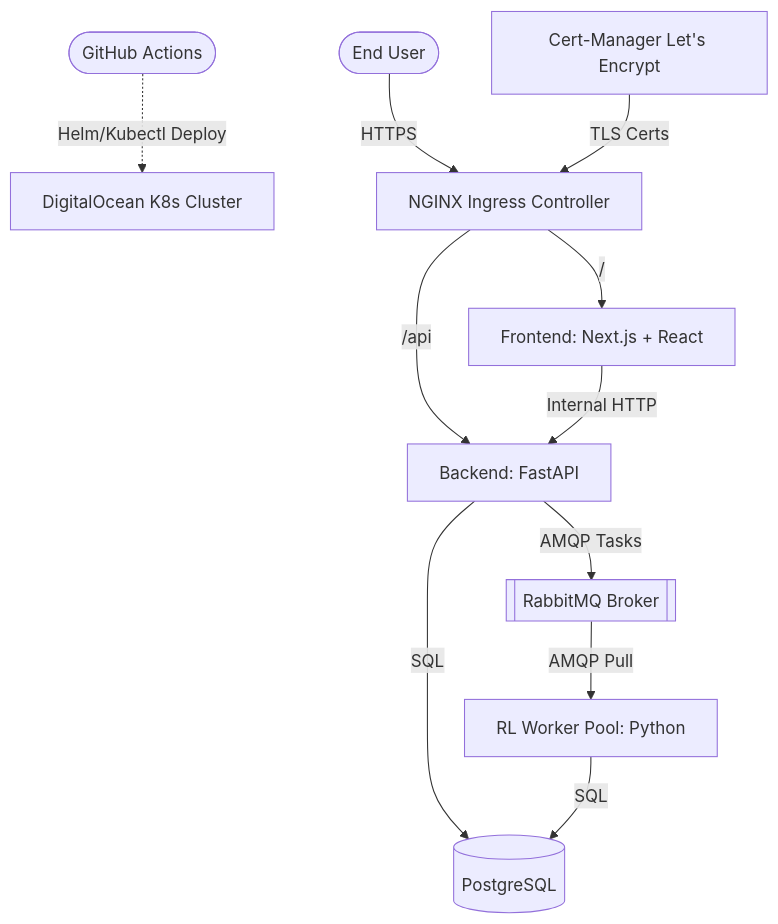
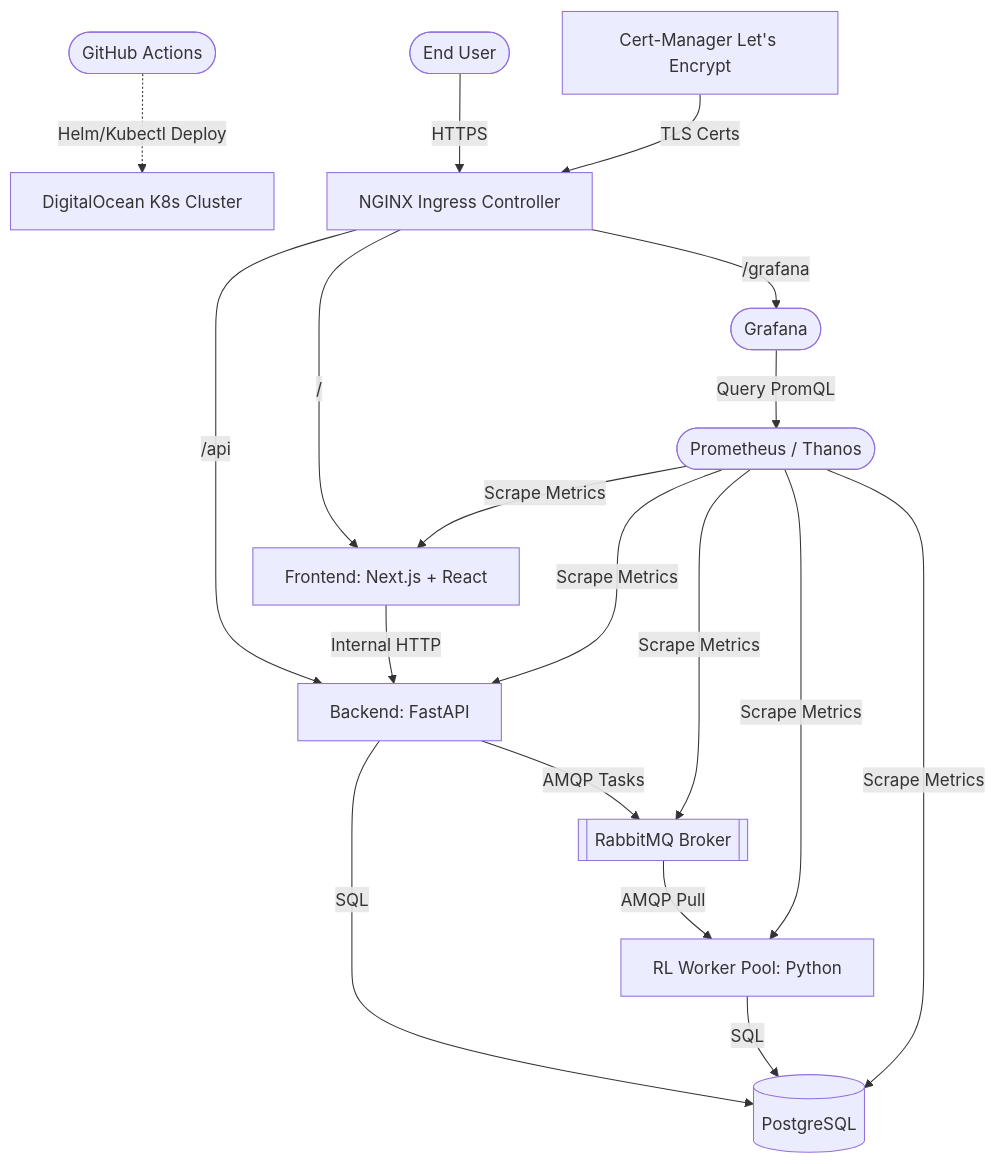
One commit to VNR-AIMLIOT-Projects/inventory-optimization changed the diagram in docs/architecture.md. Above: the diagram before and after it, drawn with Mermaid. The commit also changed other lines of this file and 8 other files, not shown here.

````diff
--- a/docs/architecture.md
+++ b/docs/architecture.md
@@ -9,35 +9,48 @@
 ```mermaid
 graph TD
     %% External
     User([End User])
     GitHub([GitHub Actions])
     DO[DigitalOcean K8s Cluster]
     
     %% Ingress & Security
     Ingress[NGINX Ingress Controller]
     Cert[Cert-Manager Let's Encrypt]
 
     %% Microservices
     Frontend[Frontend: Next.js + React]
     Backend[Backend: FastAPI]
     RLWorker[RL Worker Pool: Python]
 
     %% Infrastructure
     PostgreSQL[(PostgreSQL)]
     RabbitMQ[[RabbitMQ Broker]]
     
+    %% Observability
+    Prometheus([Prometheus / Thanos])
+    Grafana([Grafana])
+    
     %% Flows
     User -->|HTTPS| Ingress
     Cert -->|TLS Certs| Ingress
     Ingress -->|/| Frontend
     Ingress -->|/api| Backend
+    Ingress -->|/grafana| Grafana
     
     Frontend -->|Internal HTTP| Backend
     Backend -->|AMQP Tasks| RabbitMQ
     RabbitMQ -->|AMQP Pull| RLWorker
     
     Backend -->|SQL| PostgreSQL
     RLWorker -->|SQL| PostgreSQL
 
+    Prometheus -->|Scrape Metrics| Frontend
+    Prometheus -->|Scrape Metrics| Backend
+    Prometheus -->|Scrape Metrics| RLWorker
+    Prometheus -->|Scrape Metrics| PostgreSQL
+    Prometheus -->|Scrape Metrics| RabbitMQ
+    
+    Grafana -->|Query PromQL| Prometheus
+
     GitHub -.->|Helm/Kubectl Deploy| DO
 ```
````
